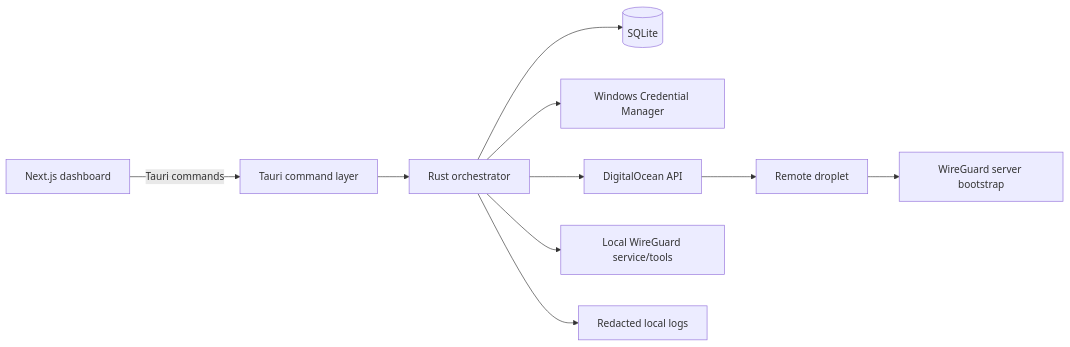
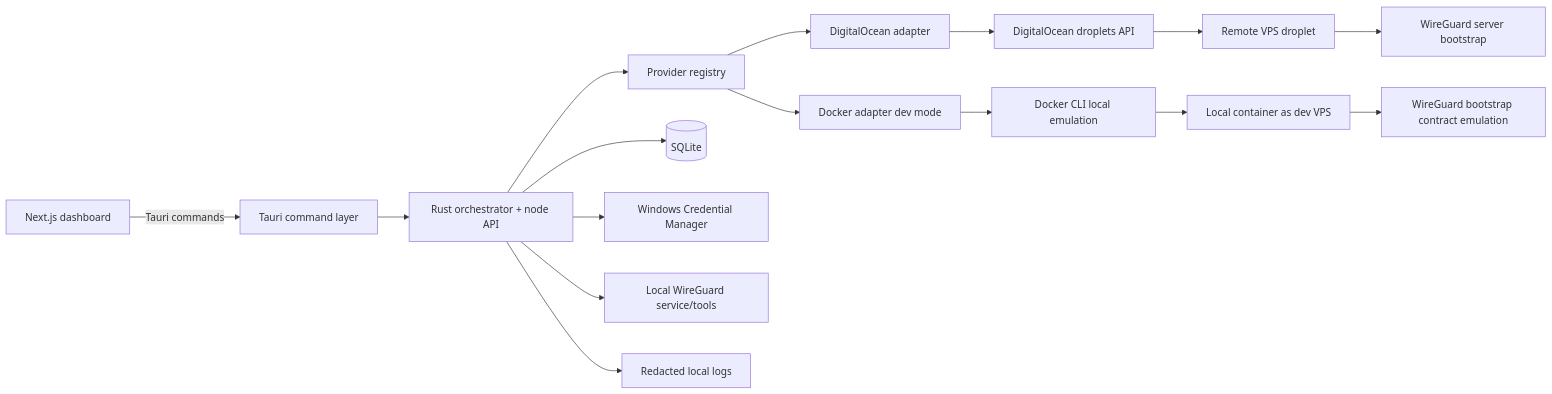
Before and after one commit to GoatPxl/blink-vpn: the diagram in docs/ARCHITECTURE.md, drawn with Mermaid. The commit also changed other lines of this file and 11 other files, not shown here.

Commit message:
AI: retools agents for multi provider and docker

````diff
--- a/docs/ARCHITECTURE.md
+++ b/docs/ARCHITECTURE.md
@@ -17,12 +33,18 @@
 ```mermaid
 flowchart LR
   UI[Next.js dashboard] -->|Tauri commands| CMD[Tauri command layer]
-  CMD --> ORCH[Rust orchestrator]
+  CMD --> ORCH[Rust orchestrator + node API]
+  ORCH --> REG[Provider registry]
+  REG --> DO[DigitalOcean adapter]
+  REG --> DKR[Docker adapter dev mode]
   ORCH --> DB[(SQLite)]
   ORCH --> SEC[Windows Credential Manager]
-  ORCH --> DO[DigitalOcean API]
+  DO --> DOAPI[DigitalOcean droplets API]
+  DKR --> DKRAPI[Docker CLI local emulation]
   ORCH --> WG[Local WireGuard service/tools]
   ORCH --> LOG[Redacted local logs]
-  DO --> VM[Remote droplet]
+  DOAPI --> VM[Remote VPS droplet]
+  DKRAPI --> VMLOCAL[Local container as dev VPS]
   VM --> WGREMOTE[WireGuard server bootstrap]
+  VMLOCAL --> WGREMOTEDEV[WireGuard bootstrap contract emulation]
 ```
````
